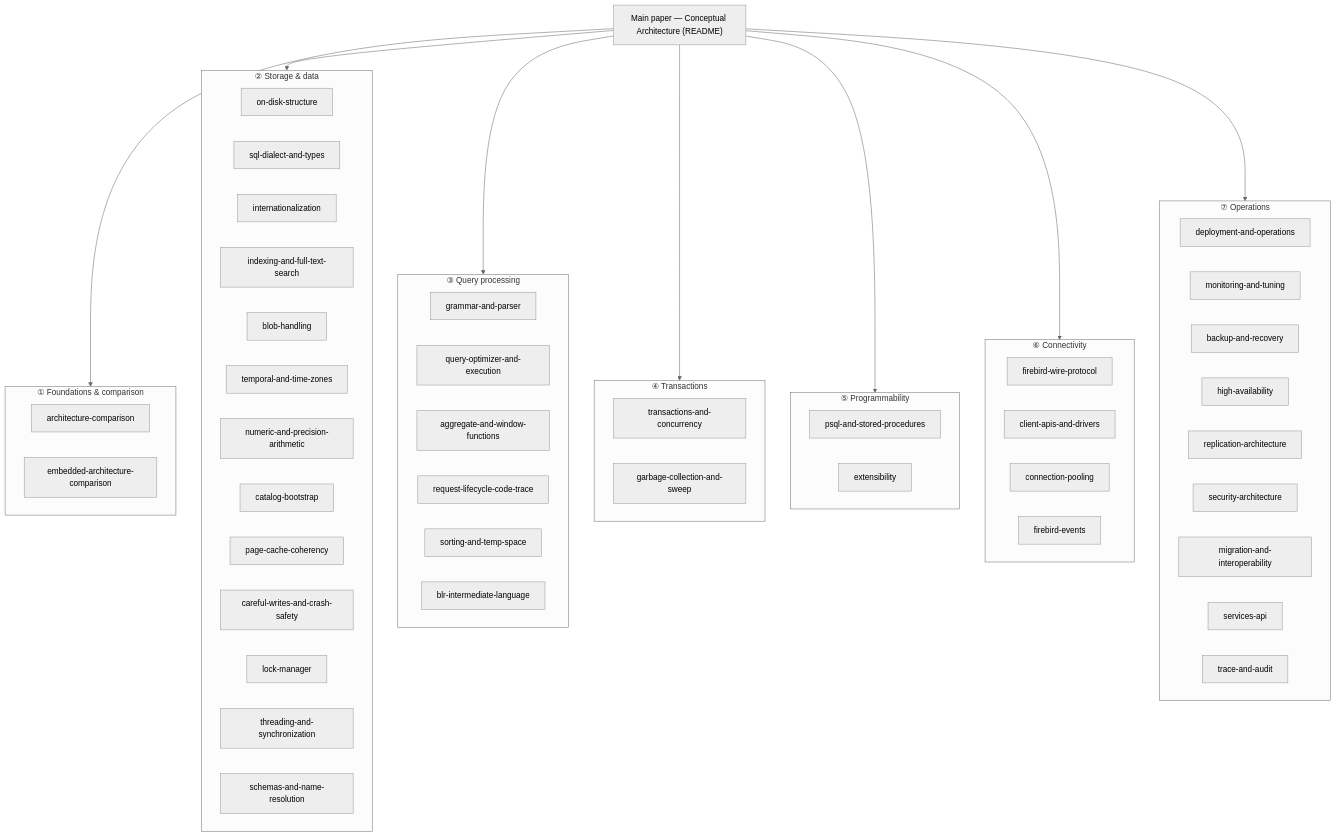
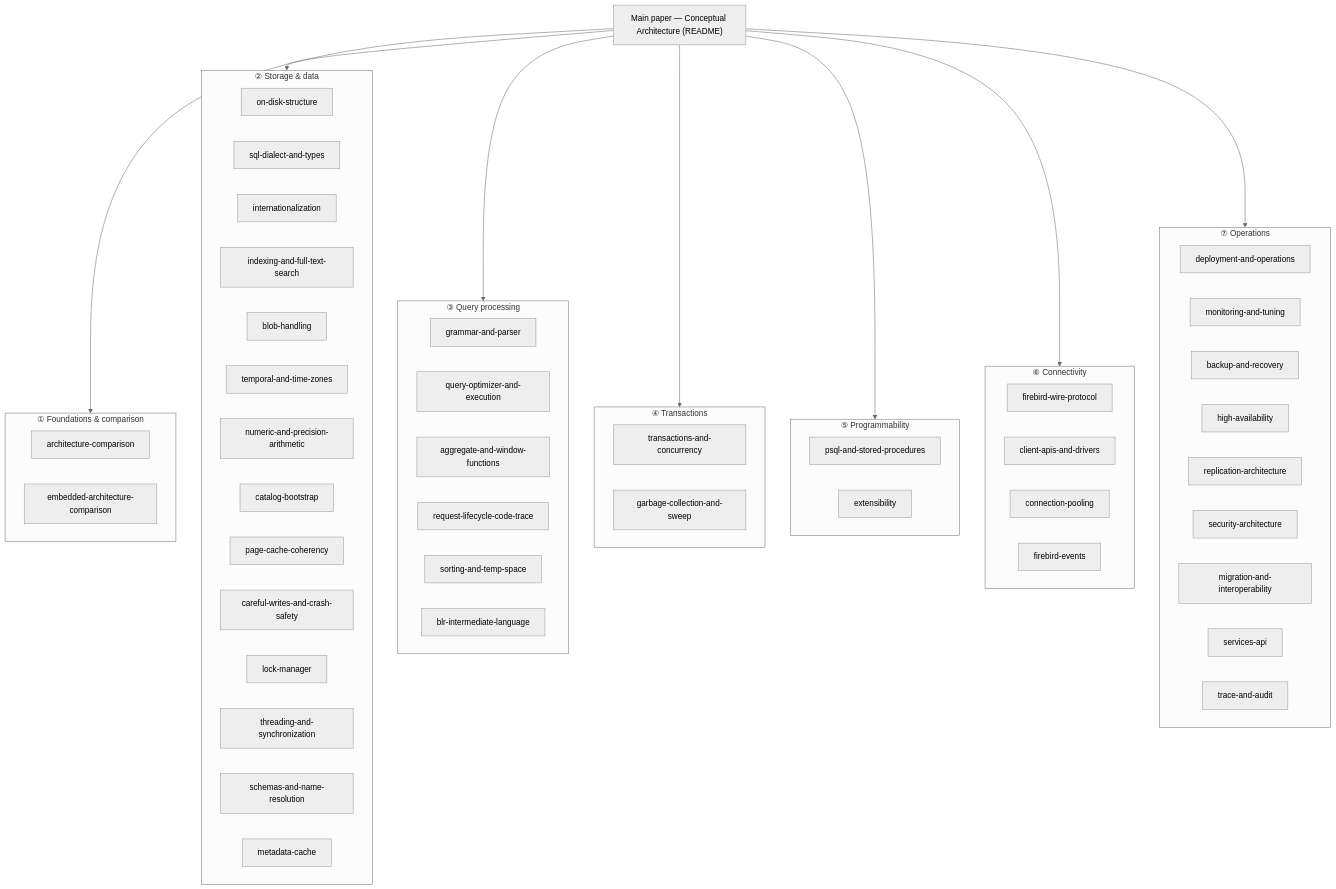
Before and after one commit to mariuz/conceptual-architecture-for-firebird-paper: the diagram in READING-GUIDE.md, drawn with Mermaid (neutral theme). The commit also changed other lines of this file and 4 other files, not shown here.

````diff
--- a/READING-GUIDE.md
+++ b/READING-GUIDE.md
@@ -9,59 +9,60 @@
 ```mermaid
 flowchart TB
     PAPER["Main paper — Conceptual Architecture (README)"]
 
     PAPER --> T1 & T2 & T3 & T4 & T5 & T6 & T7
 
     subgraph T1["① Foundations & comparison"]
         A1["architecture-comparison"]
         A2["embedded-architecture-comparison"]
     end
     subgraph T2["② Storage & data"]
         B1["on-disk-structure"]
         B2["sql-dialect-and-types"]
         B3["internationalization"]
         B4["indexing-and-full-text-search"]
         B5["blob-handling"]
         B6["temporal-and-time-zones"]
         B7["numeric-and-precision-arithmetic"]
         B8["catalog-bootstrap"]
         B9["page-cache-coherency"]
         B10["careful-writes-and-crash-safety"]
         B11["lock-manager"]
         B12["threading-and-synchronization"]
         B13["schemas-and-name-resolution"]
+        B14["metadata-cache"]
     end
     subgraph T3["③ Query processing"]
         C1["grammar-and-parser"]
         C2["query-optimizer-and-execution"]
         C3["aggregate-and-window-functions"]
         C4["request-lifecycle-code-trace"]
         C5["sorting-and-temp-space"]
         C6["blr-intermediate-language"]
     end
     subgraph T4["④ Transactions"]
         D1["transactions-and-concurrency"]
         D2["garbage-collection-and-sweep"]
     end
     subgraph T5["⑤ Programmability"]
         E1["psql-and-stored-procedures"]
         E2["extensibility"]
     end
     subgraph T6["⑥ Connectivity"]
         F1["firebird-wire-protocol"]
         F2["client-apis-and-drivers"]
         F3["connection-pooling"]
         F4["firebird-events"]
     end
     subgraph T7["⑦ Operations"]
         G1["deployment-and-operations"]
         G2["monitoring-and-tuning"]
         G3["backup-and-recovery"]
         G4["high-availability"]
         G5["replication-architecture"]
         G6["security-architecture"]
         G7["migration-and-interoperability"]
         G8["services-api"]
         G9["trace-and-audit"]
     end
 ```
````
